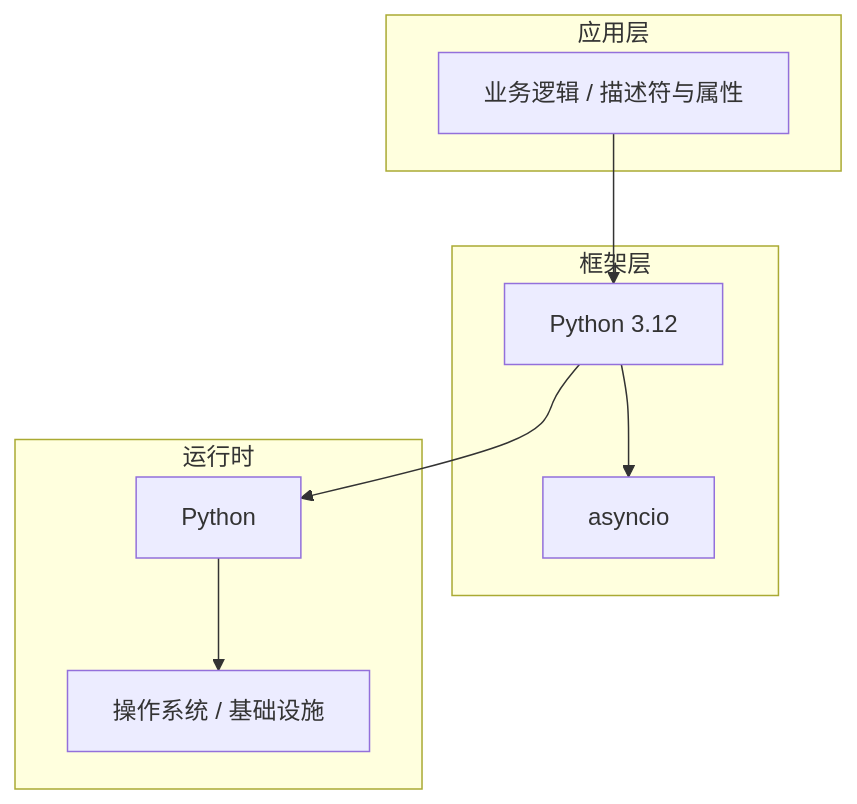
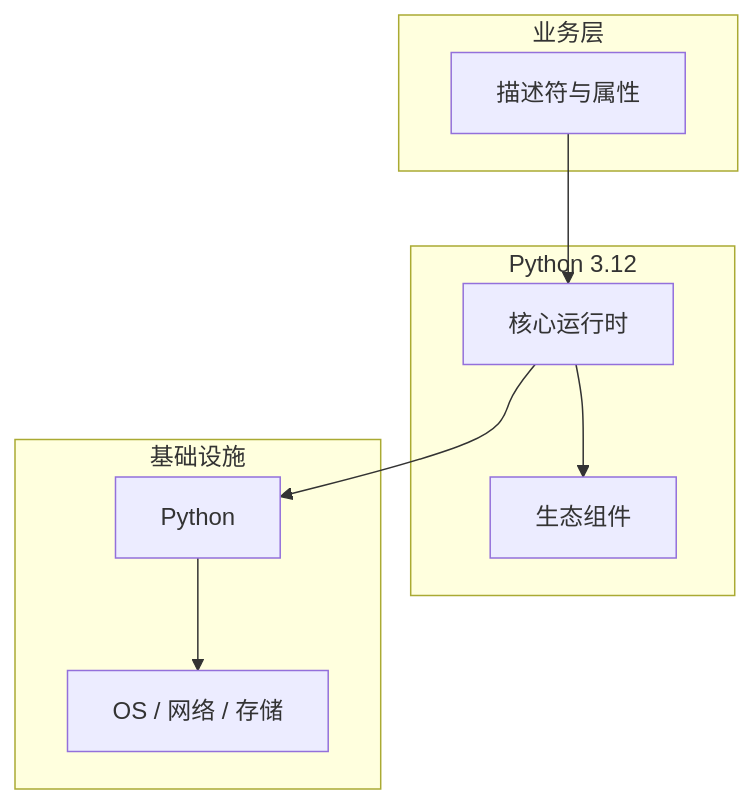
One commit to yanggan2015/knowledge-json-v2 changed the diagram in articles/Python高级/chapters/041-描述符与属性核心概念与原理.md. Above: the diagram before and after it, drawn with Mermaid. The commit also changed other lines of this file and 10127 other files, not shown here.

````diff
--- a/articles/Python高级/chapters/041-描述符与属性核心概念与原理.md
+++ b/articles/Python高级/chapters/041-描述符与属性核心概念与原理.md
@@ -45,18 +34,18 @@
 ```mermaid
 graph TB
-    subgraph 应用层
-        A[业务逻辑 / 描述符与属性]
+    subgraph 业务层
+        A[描述符与属性]
     end
-    subgraph 框架层
-        B[Python 3.12]
-        C[asyncio]
+    subgraph Python 3.12
+        B[核心运行时]
+        C[生态组件]
     end
-    subgraph 运行时
+    subgraph 基础设施
         D[Python]
-        E[操作系统 / 基础设施]
+        E[OS / 网络 / 存储]
     end
     A --> B
     B --> C
     B --> D
     D --> E
 ```
````
